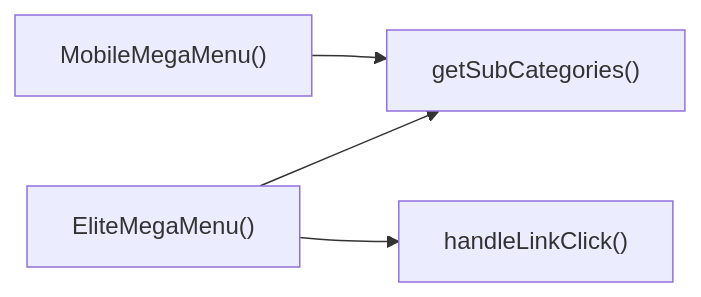
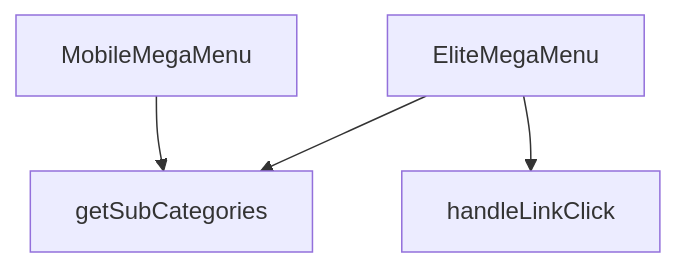
One commit to peckop/venthub-hvac-esite changed the diagram in src/components/navigation/EliteMegaMenu.md. Above: the diagram before and after it, drawn with Mermaid. The commit also changed other lines of this file and 56 other files, not shown here.

````diff
--- a/src/components/navigation/EliteMegaMenu.md
+++ b/src/components/navigation/EliteMegaMenu.md
@@ -143,6 +142,10 @@
 ```mermaid
-graph LR
-    EliteMegaMenu["EliteMegaMenu()"] --> getSubCategories["getSubCategories()"]
-    EliteMegaMenu["EliteMegaMenu()"] --> handleLinkClick["handleLinkClick()"]
-    MobileMegaMenu["MobileMegaMenu()"] --> getSubCategories["getSubCategories()"]
+graph TD
+    EliteMegaMenu_tsx__EliteMegaMenu["EliteMegaMenu"]
+    EliteMegaMenu_tsx__MobileMegaMenu["MobileMegaMenu"]
+    EliteMegaMenu_tsx__getSubCategories["getSubCategories"]
+    EliteMegaMenu_tsx__handleLinkClick["handleLinkClick"]
+    EliteMegaMenu_tsx__MobileMegaMenu --> EliteMegaMenu_tsx__getSubCategories
+    EliteMegaMenu_tsx__EliteMegaMenu --> EliteMegaMenu_tsx__getSubCategories
+    EliteMegaMenu_tsx__EliteMegaMenu --> EliteMegaMenu_tsx__handleLinkClick
 ```
````
